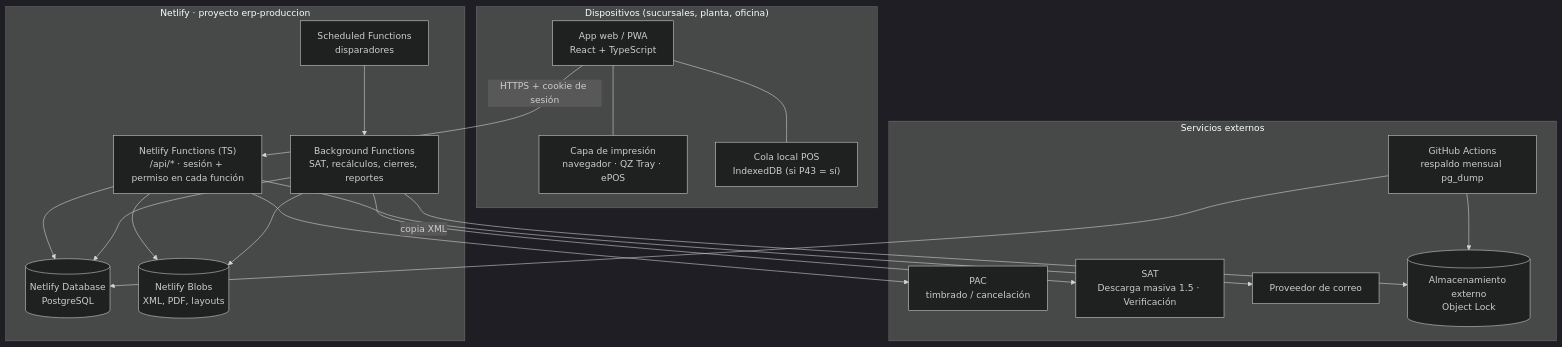
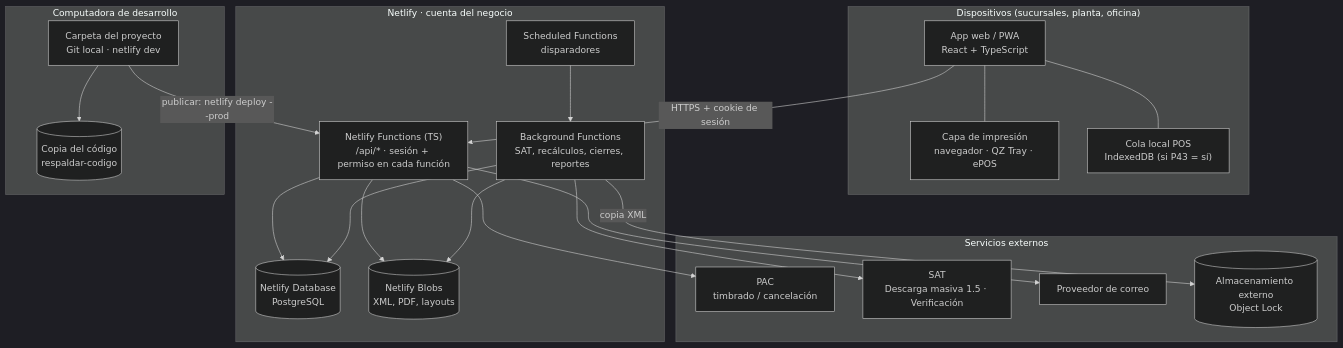
One commit to carsam68-MonheyB/SAS-EL-PAN-DE-CADA-DIA changed the first of 11 diagrams in docs/fase-0/02-diseno-propuesto.md. Above: the diagram before and after it, drawn with Mermaid (dark theme). The commit also changed other lines of this file and 3 other files, not shown here.

First line of the commit message:
Fase 0 (revisión 2): carpeta local con Git local y publicación con Netlify CLI

````diff
--- a/docs/fase-0/02-diseno-propuesto.md
+++ b/docs/fase-0/02-diseno-propuesto.md
@@ -109,36 +138,39 @@
 ```mermaid
 flowchart TB
   subgraph DISP["Dispositivos (sucursales, planta, oficina)"]
     UI["App web / PWA<br/>React + TypeScript"]
     IMP["Capa de impresión<br/>navegador · QZ Tray · ePOS"]
     OFF["Cola local POS<br/>IndexedDB (si P43 = sí)"]
     UI --- IMP
     UI --- OFF
   end
-  subgraph NET["Netlify · proyecto erp-produccion"]
+  subgraph NET["Netlify · cuenta del negocio"]
     API["Netlify Functions (TS)<br/>/api/* · sesión + permiso en cada función"]
     BG["Background Functions<br/>SAT, recálculos, cierres, reportes"]
     CRON["Scheduled Functions<br/>disparadores"]
     DB[("Netlify Database<br/>PostgreSQL")]
     BL[("Netlify Blobs<br/>XML, PDF, layouts")]
     API --> DB
     API --> BL
     CRON --> BG
     BG --> DB
     BG --> BL
   end
   subgraph EXT["Servicios externos"]
     PAC["PAC<br/>timbrado / cancelación"]
     SAT["SAT<br/>Descarga masiva 1.5 · Verificación"]
     MAIL["Proveedor de correo"]
     S3[("Almacenamiento externo<br/>Object Lock")]
-    GHA["GitHub Actions<br/>respaldo mensual pg_dump"]
   end
   UI -->|HTTPS + cookie de sesión| API
   API --> PAC
   BG --> SAT
   API --> MAIL
   BG -->|copia XML| S3
-  GHA --> DB
-  GHA --> S3
+  subgraph DEV["Computadora de desarrollo"]
+    PC["Carpeta del proyecto<br/>Git local · netlify dev"]
+    ZIP[("Copia del código<br/>respaldar-codigo")]
+    PC --> ZIP
+  end
+  PC -->|"publicar: netlify deploy --prod"| API
 ```
````
